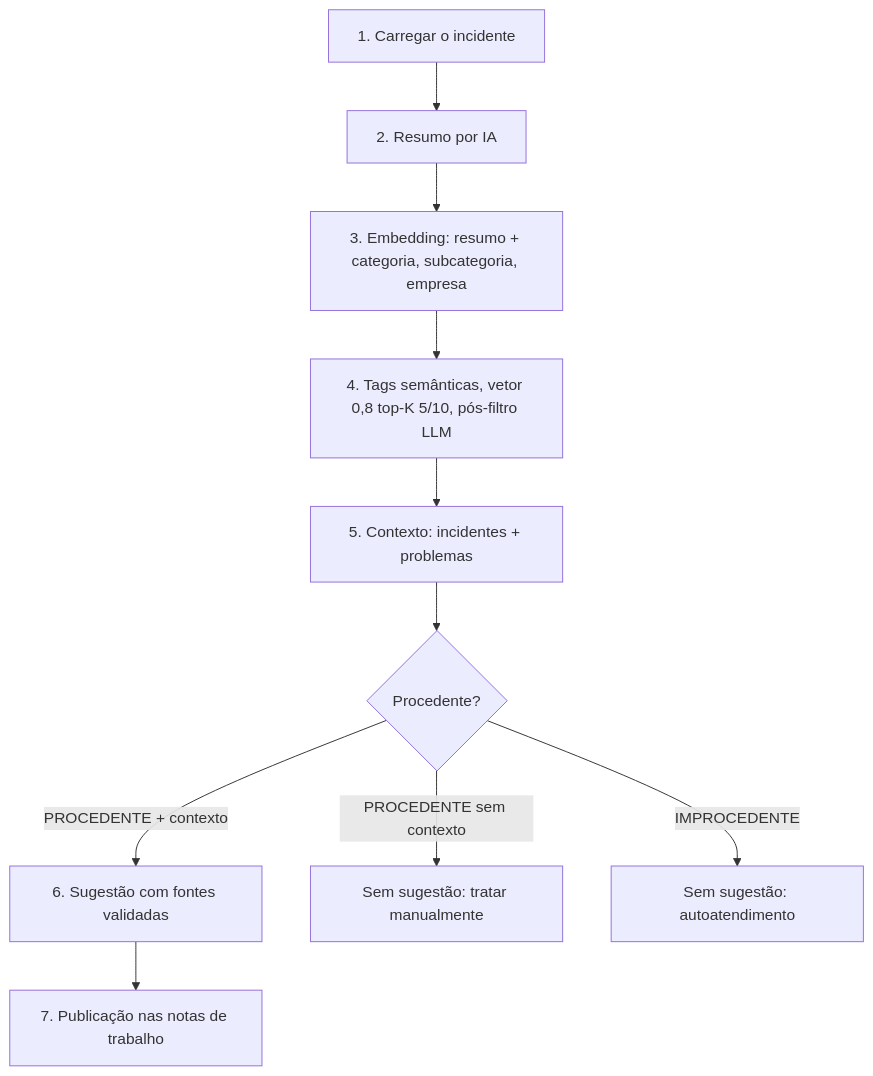
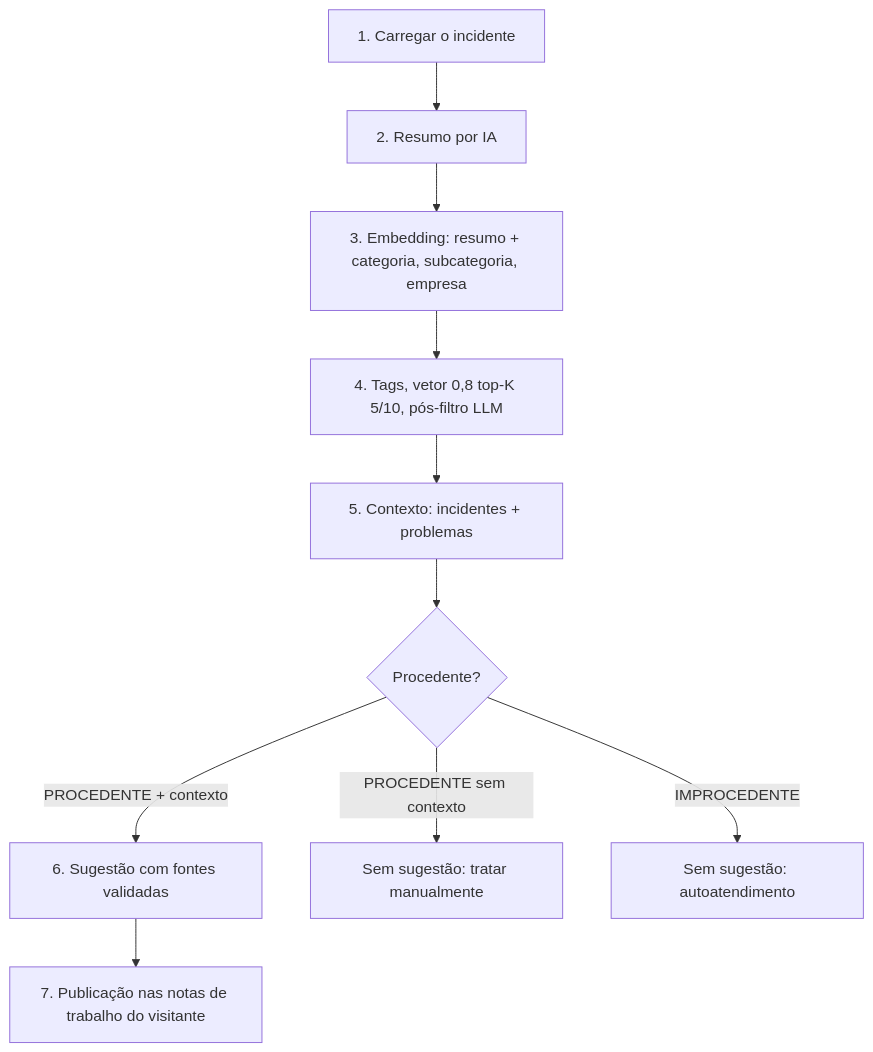
One commit to johnlaff/incident-sense changed the second of 3 diagrams in docs/architecture.md. Above: the diagram before and after it, drawn with Mermaid. The commit also changed other lines of this file and 5 other files, not shown here.

First line of the commit message:
docs: arquitetura, fluxos e diagramas iguais ao código

````diff
--- a/docs/architecture.md
+++ b/docs/architecture.md
@@ -53,12 +81,12 @@
 ```mermaid
 flowchart TD
     A[1. Carregar o incidente] --> B[2. Resumo por IA]
     B --> C[3. Embedding: resumo + categoria, subcategoria, empresa]
-    C --> D[4. Tags semânticas, vetor 0,8 top-K 5/10, pós-filtro LLM]
+    C --> D[4. Tags, vetor 0,8 top-K 5/10, pós-filtro LLM]
     D --> E[5. Contexto: incidentes + problemas]
     E --> G{Procedente?}
     G -- PROCEDENTE + contexto --> H[6. Sugestão com fontes validadas]
-    H --> P[7. Publicação nas notas de trabalho]
+    H --> P[7. Publicação nas notas de trabalho do visitante]
     G -- PROCEDENTE sem contexto --> J[Sem sugestão: tratar manualmente]
     G -- IMPROCEDENTE --> I[Sem sugestão: autoatendimento]
 ```
````
